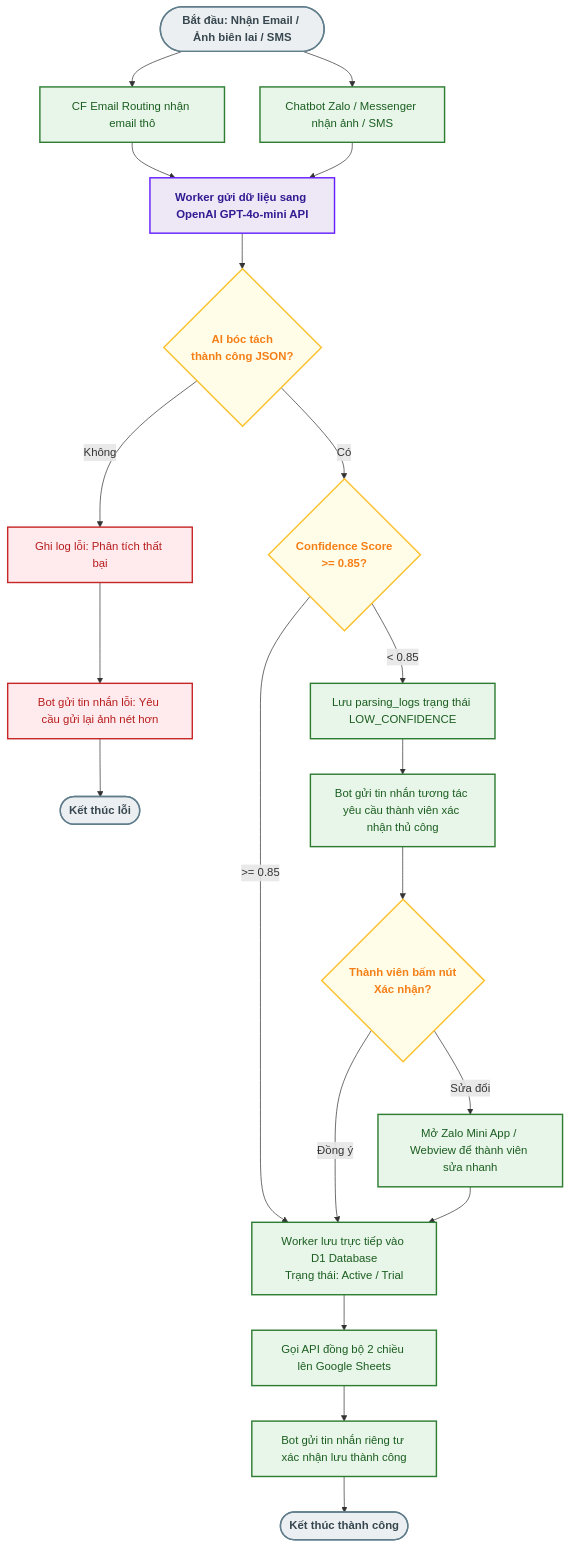
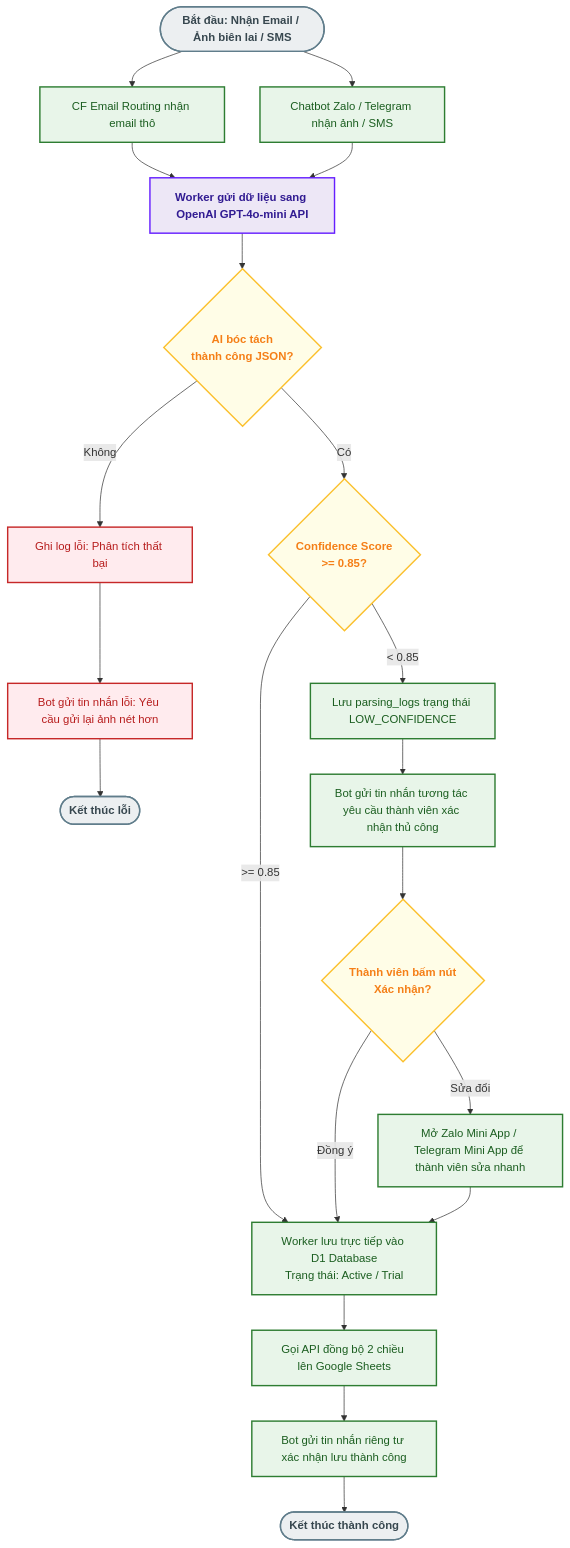
Before and after one commit to trinhquocthinh/Subsentry: the first of 2 diagrams in docs/model-flowchart.md, drawn with Mermaid. The commit also changed 24 other files, not shown here.

````diff
--- a/docs/model-flowchart.md
+++ b/docs/model-flowchart.md
@@ -13,64 +13,64 @@
 ```mermaid
 flowchart TD
     %% Styling
     classDef start_end fill:#ECEFF1,stroke:#607D8B,stroke-width:2px,color:#37474F,font-weight:bold;
     classDef step fill:#E8F5E9,stroke:#2E7D32,stroke-width:2px,color:#1B5E20;
     classDef ai fill:#EDE7F6,stroke:#651FFF,stroke-width:2px,color:#311B92,font-weight:bold;
     classDef decision fill:#FFFDE7,stroke:#FBC02D,stroke-width:2px,color:#F57F17,font-weight:bold;
     classDef error fill:#FFEBEE,stroke:#C62828,stroke-width:2px,color:#B71C1C;
 
     %% Nodes
     START([Bắt đầu: Nhận Email / Ảnh biên lai / SMS]):::start_end
 
     REC_EMAIL[CF Email Routing nhận email thô]:::step
-    REC_BOT[Chatbot Zalo / Messenger nhận ảnh / SMS]:::step
+    REC_BOT[Chatbot Zalo / Telegram nhận ảnh / SMS]:::step
 
     PARSER[Worker gửi dữ liệu sang OpenAI GPT-4o-mini API]:::ai
 
     CHECK_JSON{AI bóc tách<br>thành công JSON?}:::decision
 
     ERR_FORMAT[Ghi log lỗi: Phân tích thất bại]:::error
     MSG_ERR[Bot gửi tin nhắn lỗi: Yêu cầu gửi lại ảnh nét hơn]:::error
 
     CONF_CHECK{Confidence Score<br>>= 0.85?}:::decision
 
     SAVE_D1[Worker lưu trực tiếp vào D1 Database<br>Trạng thái: Active / Trial]:::step
     SYNC_SHEETS[Gọi API đồng bộ 2 chiều lên Google Sheets]:::step
     MSG_OK[Bot gửi tin nhắn riêng tư xác nhận lưu thành công]:::step
 
     LOG_LOW[Lưu parsing_logs trạng thái LOW_CONFIDENCE]:::step
     MSG_CONFIRM[Bot gửi tin nhắn tương tác yêu cầu thành viên xác nhận thủ công]:::step
 
     USER_RESP{Thành viên bấm nút<br>Xác nhận?}:::decision
 
-    USER_EDIT[Mở Zalo Mini App / Webview để thành viên sửa nhanh]:::step
+    USER_EDIT[Mở Zalo Mini App / Telegram Mini App để thành viên sửa nhanh]:::step
 
     %% Flow lines
     START --> REC_EMAIL
     START --> REC_BOT
 
     REC_EMAIL --> PARSER
     REC_BOT --> PARSER
 
     PARSER --> CHECK_JSON
 
     CHECK_JSON -- Không --> ERR_FORMAT
     ERR_FORMAT --> MSG_ERR
     MSG_ERR --> END_ERR([Kết thúc lỗi]):::start_end
 
     CHECK_JSON -- Có --> CONF_CHECK
 
     CONF_CHECK -- >= 0.85 --> SAVE_D1
     SAVE_D1 --> SYNC_SHEETS
     SYNC_SHEETS --> MSG_OK
     MSG_OK --> END_OK([Kết thúc thành công]):::start_end
 
     CONF_CHECK -- < 0.85 --> LOG_LOW
     LOG_LOW --> MSG_CONFIRM
 
     MSG_CONFIRM --> USER_RESP
 
     USER_RESP -- Đồng ý --> SAVE_D1
     USER_RESP -- Sửa đổi --> USER_EDIT
     USER_EDIT --> SAVE_D1
 ```
````
